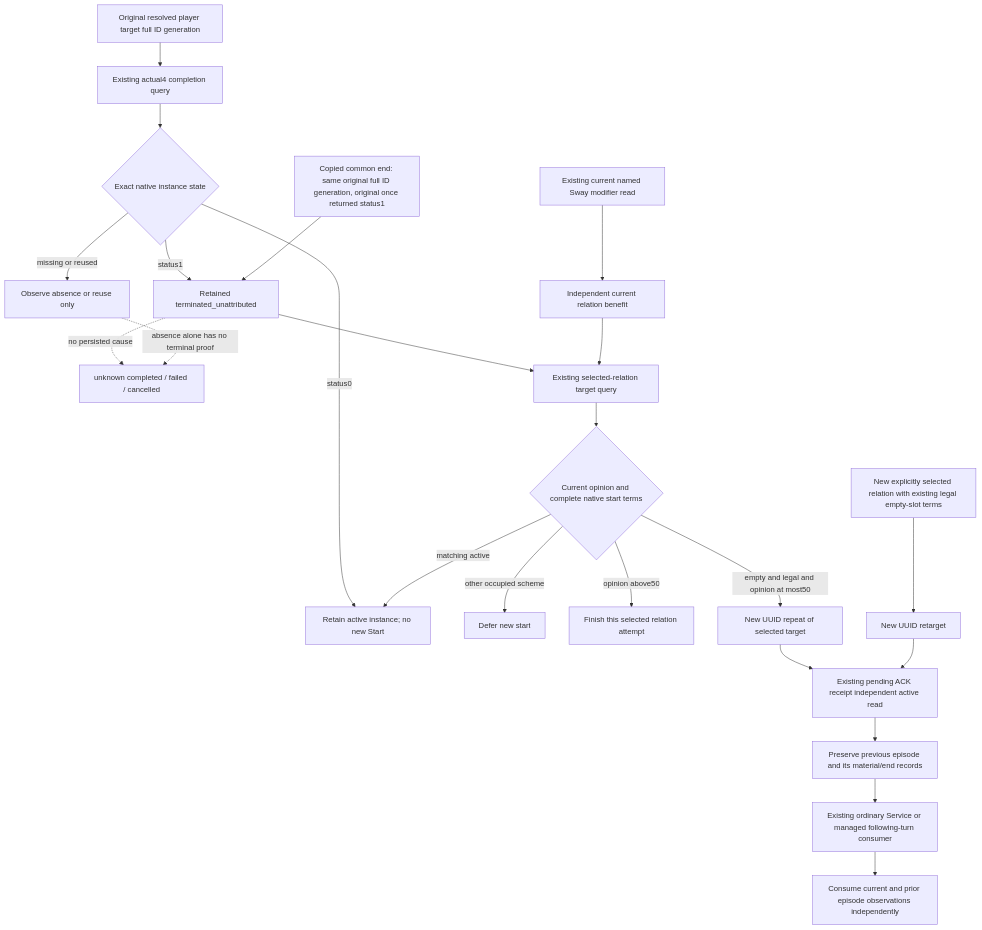
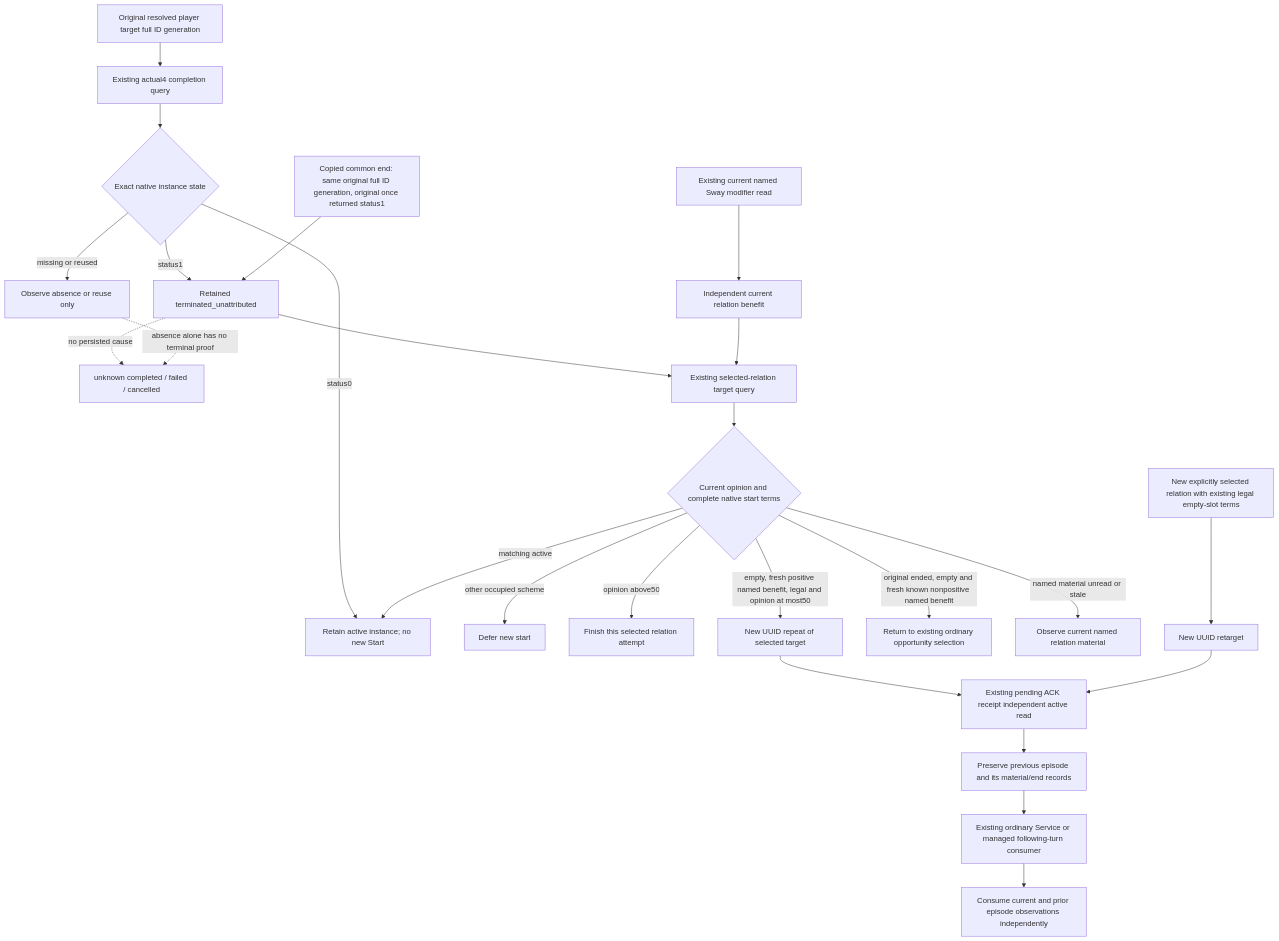
Before and after one commit to XenoAmess/ck3_eternal_recurrence: the diagram in docs/ck3-native-ai/sway-beneficial-terminal-followup-12004.md, drawn with Mermaid. The commit also changed other lines of this file and 5 other files, not shown here.

Commit message:
Return ended Sway attempts with no observed benefit to ordinary planning [skip ci]

````diff
--- a/docs/ck3-native-ai/sway-beneficial-terminal-followup-12004.md
+++ b/docs/ck3-native-ai/sway-beneficial-terminal-followup-12004.md
@@ -27,25 +27,27 @@
 ```mermaid
 flowchart TD
   O[Original resolved player target full ID generation] --> C
   C[Existing actual4 completion query] --> J{Exact native instance state}
   J -->|status0| A[Retain active instance; no new Start]
   J -->|status1| T[Retained terminated_unattributed]
   J -->|missing or reused| U[Observe absence or reuse only]
   T -. no persisted cause .-> X[unknown completed / failed / cancelled]
   U -. absence alone has no terminal proof .-> X
   K[Copied common end: same original full ID generation, original once returned status1] --> T
   M[Existing current named Sway modifier read] --> B[Independent current relation benefit]
   T --> P
   B --> P[Existing selected-relation target query]
   P --> Q{Current opinion and complete native start terms}
   Q -->|matching active| A
   Q -->|other occupied scheme| D[Defer new start]
   Q -->|opinion above50| F[Finish this selected relation attempt]
-  Q -->|empty and legal and opinion at most50| N[New UUID repeat of selected target]
+  Q -->|empty, fresh positive named benefit, legal and opinion at most50| N[New UUID repeat of selected target]
+  Q -->|original ended, empty and fresh known nonpositive named benefit| NP[Return to existing ordinary opportunity selection]
+  Q -->|named material unread or stale| NM[Observe current named relation material]
   R[New explicitly selected relation with existing legal empty-slot terms] --> E[New UUID retarget]
   N --> I[Existing pending ACK receipt independent active read]
   E --> I
   I --> H[Preserve previous episode and its material/end records]
   H --> V[Existing ordinary Service or managed following-turn consumer]
   V --> W[Consume current and prior episode observations independently]
 ```
````
